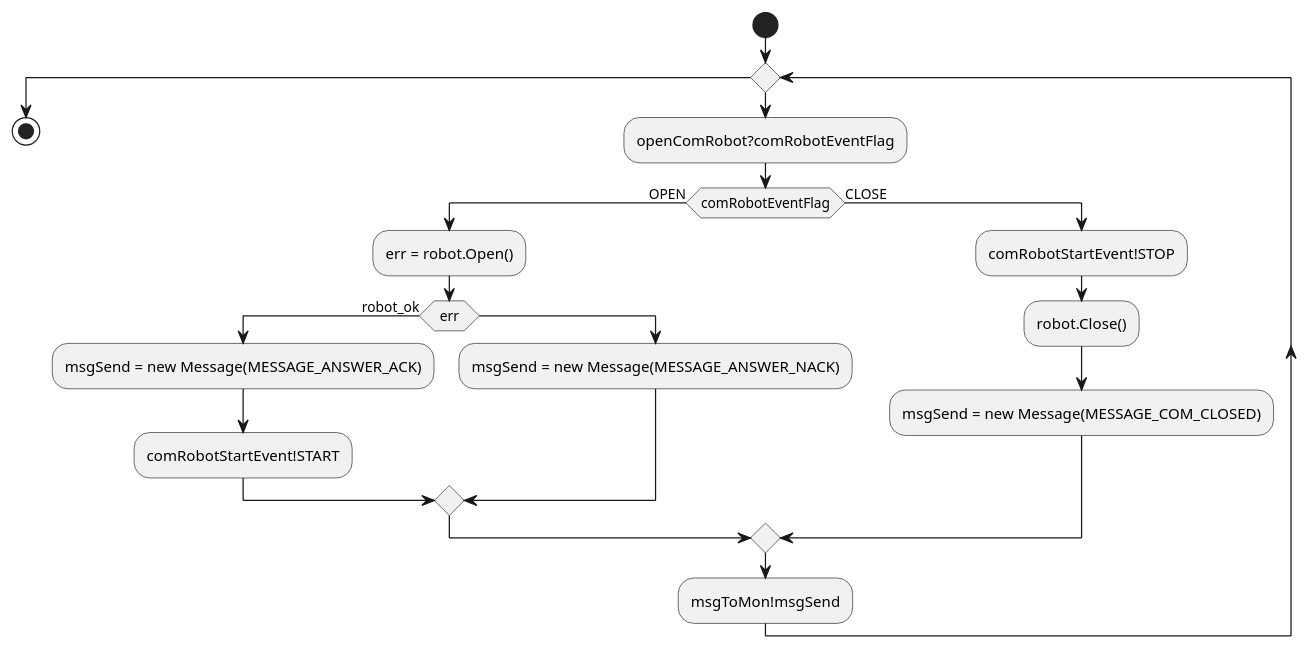
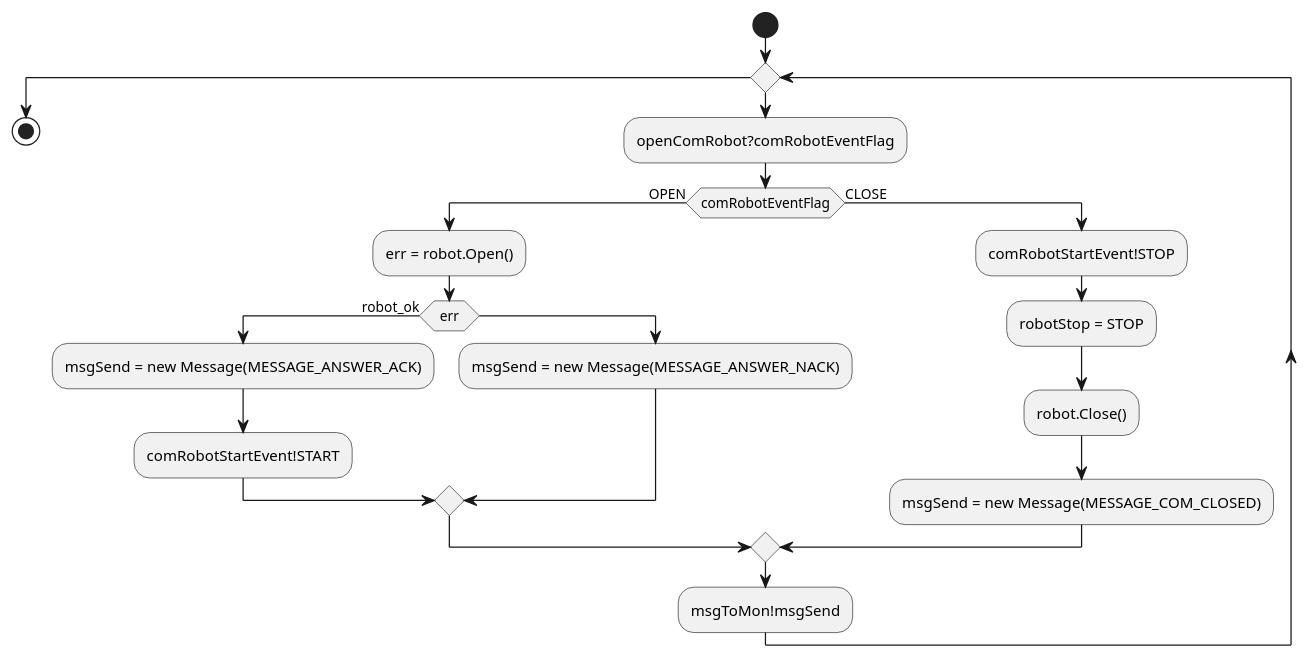
The diagram in diags/th_com_robot.puml (Bobillot/BE_Temps_Reel), drawn with PlantUML before and after one commit.

Commit message:
correct th_com_robot

```diff
--- a/diags/th_com_robot.puml
+++ b/diags/th_com_robot.puml
@@ -1,27 +1,28 @@
 @startuml th_com_robot
 
 skinparam monochrome true
 
 start
 
 while( )
     :openComRobot?comRobotEventFlag;
     if (comRobotEventFlag) then (OPEN)
     :err = robot.Open();
         if (err) then (robot_ok)
         :msgSend = new Message(MESSAGE_ANSWER_ACK);
         :comRobotStartEvent!START;
         else
             :msgSend = new Message(MESSAGE_ANSWER_NACK);
         endif
     else (CLOSE)
         :comRobotStartEvent!STOP;
+        :robotStop = STOP;
         :robot.Close();
         :msgSend = new Message(MESSAGE_COM_CLOSED);
         
         'Check message type
     endif
     :msgToMon!msgSend;
 endwhile
 stop
 @enduml
```
